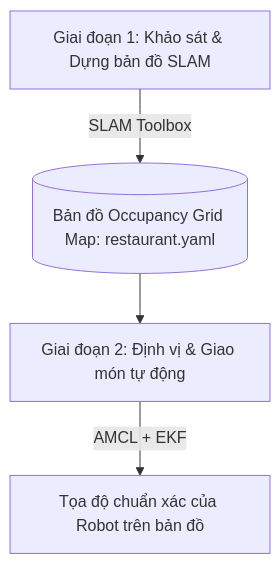
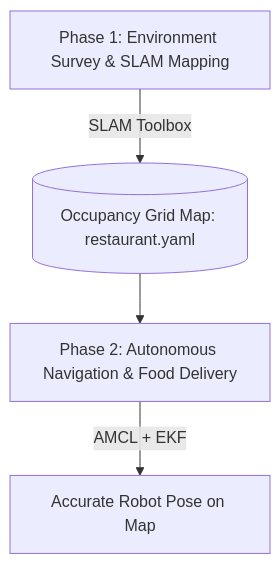
Before and after one commit to dquang05/capstone_ros2: the third of 5 diagrams in docs/AMR_CONTROL_SYSTEM_DESIGN.md, drawn with Mermaid. The commit also changed other lines of this file and 18 other files, not shown here.

First line of the commit message:
feat(navigation): complete realistic restaurant simulation, SLAM mapping, and Nav2 path planning tuning

````diff
--- a/docs/AMR_CONTROL_SYSTEM_DESIGN.md
+++ b/docs/AMR_CONTROL_SYSTEM_DESIGN.md
@@ -106,6 +106,6 @@
 ```mermaid
 graph TD
-    Phase1[Giai đoạn 1: Khảo sát & Dựng bản đồ SLAM] -->|SLAM Toolbox| StaticMap[(Bản đồ Occupancy Grid Map: restaurant.yaml)]
-    StaticMap --> Phase2[Giai đoạn 2: Định vị & Giao món tự động]
-    Phase2 -->|AMCL + EKF| LocalizedPose[Tọa độ chuẩn xác của Robot trên bản đồ]
+    Phase1["Phase 1: Environment Survey & SLAM Mapping"] -->|SLAM Toolbox| StaticMap[("Occupancy Grid Map: restaurant.yaml")]
+    StaticMap --> Phase2["Phase 2: Autonomous Navigation & Food Delivery"]
+    Phase2 -->|AMCL + EKF| LocalizedPose["Accurate Robot Pose on Map"]
 ```
````
